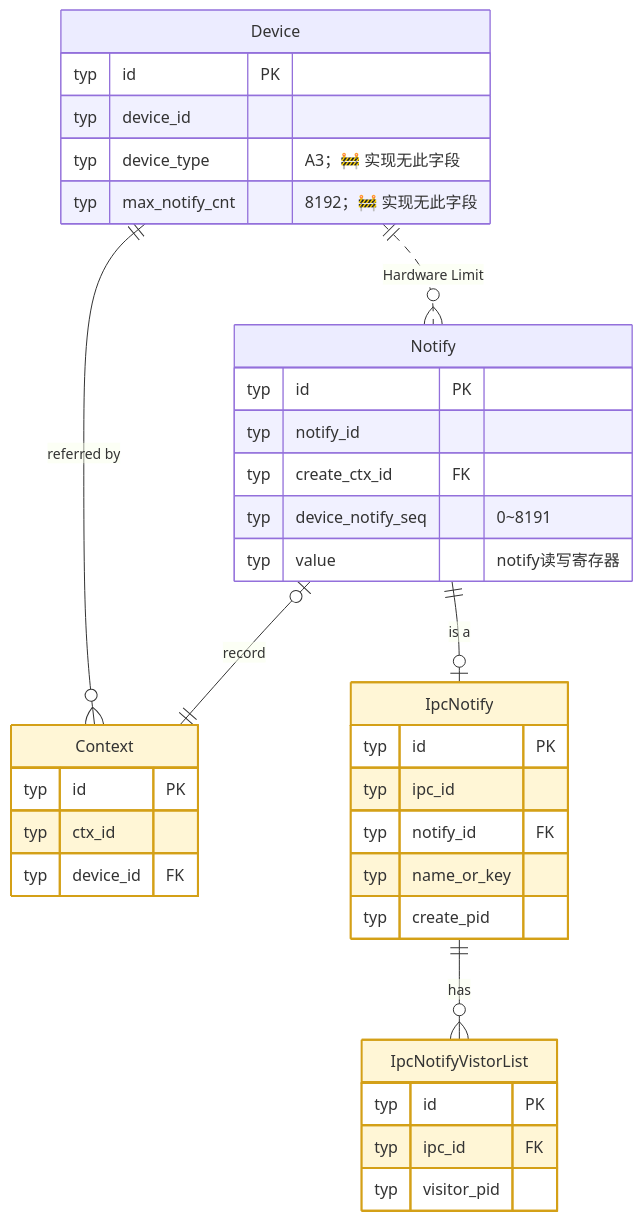
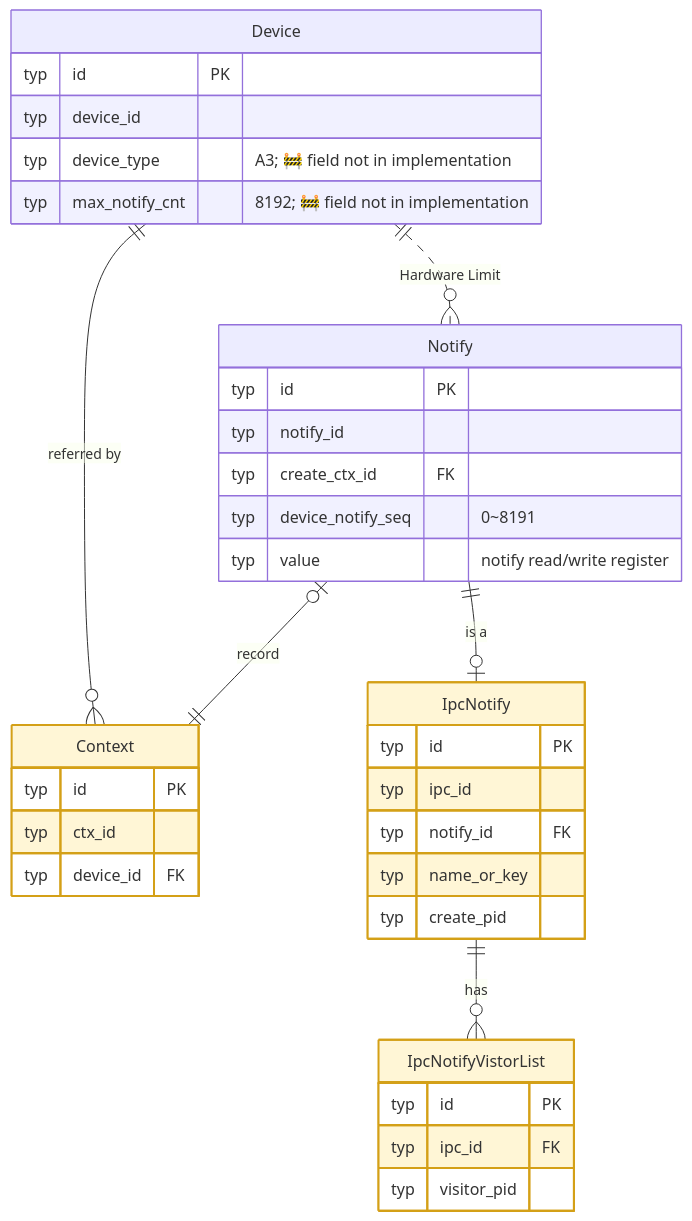
The eighth of 19 diagrams in test/hccl_vm/docs/simulator_runner_data_model_en.md (Atlas-Ascend-Fork/hcomm), drawn with Mermaid before and after one commit. The commit also changed other lines of this file and 73 other files, not shown here.

````diff
--- a/test/hccl_vm/docs/simulator_runner_data_model_en.md
+++ b/test/hccl_vm/docs/simulator_runner_data_model_en.md
@@ -717,46 +717,46 @@
 ```mermaid
 erDiagram
-    %% 🧠 可进程私有：Context / IpcNotify / IpcNotifyVistorList（仅 src/proxy 访问）
+    %% 🧠 Process-private candidates: Context / IpcNotify / IpcNotifyVistorList (only src/proxy accesses)
     Device ||..o{ Notify : "Hardware Limit"
     Device ||--o{ Context : "referred by"
     Device {
         typ id PK
         typ device_id
-        typ device_type "A3；🚧 实现无此字段"
-        typ max_notify_cnt "8192；🚧 实现无此字段"
+        typ device_type "A3; 🚧 field not in implementation"
+        typ max_notify_cnt "8192; 🚧 field not in implementation"
     }
     Context {
         typ id PK
         typ ctx_id
         typ device_id FK
     }
 
-    %% IpcNotify：与 Notify 同源的 IPC 共享通知，实现未单独建模
+    %% IpcNotify: IPC shared notification from same source as Notify, not separately modeled in implementation
     Notify o|--|| Context : "record"
     Notify {
         typ id PK
         typ notify_id
         typ create_ctx_id FK
         typ device_notify_seq "0~8191"
-        typ value "notify读写寄存器"
+        typ value "notify read/write register"
     }
 
     IpcNotify {
         typ id PK
         typ ipc_id
         typ notify_id FK
         typ name_or_key
         typ create_pid
     }
 
     Notify ||--o| IpcNotify : "is a"
     IpcNotify ||--o{ IpcNotifyVistorList : "has"
     IpcNotifyVistorList {
         typ id PK
         typ ipc_id FK
         typ visitor_pid
     }
 
     classDef inproc fill:#fff6d6,stroke:#d4a017,stroke-width:2px
     class Context,IpcNotify,IpcNotifyVistorList inproc
 ```
````
